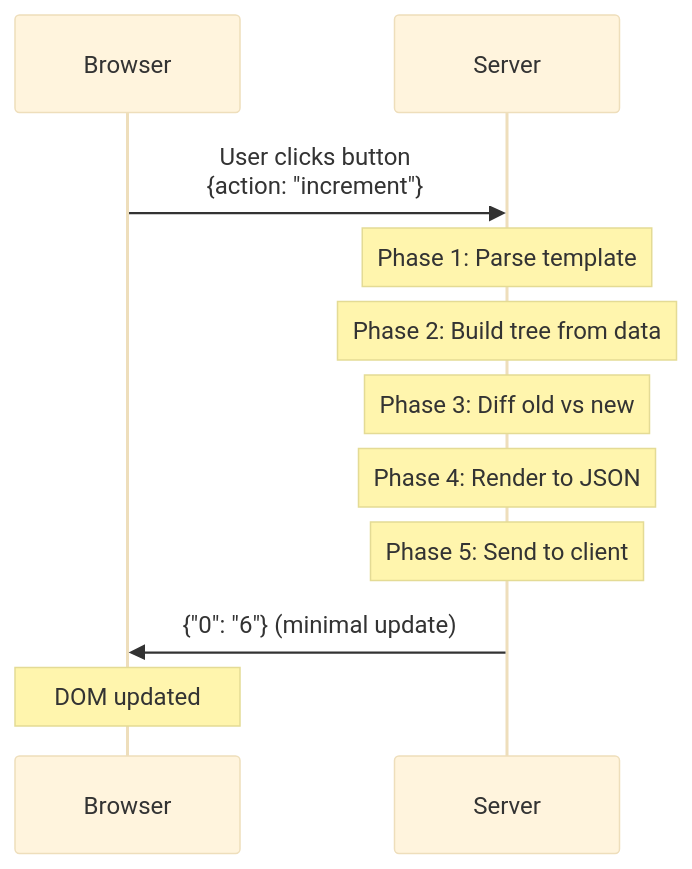
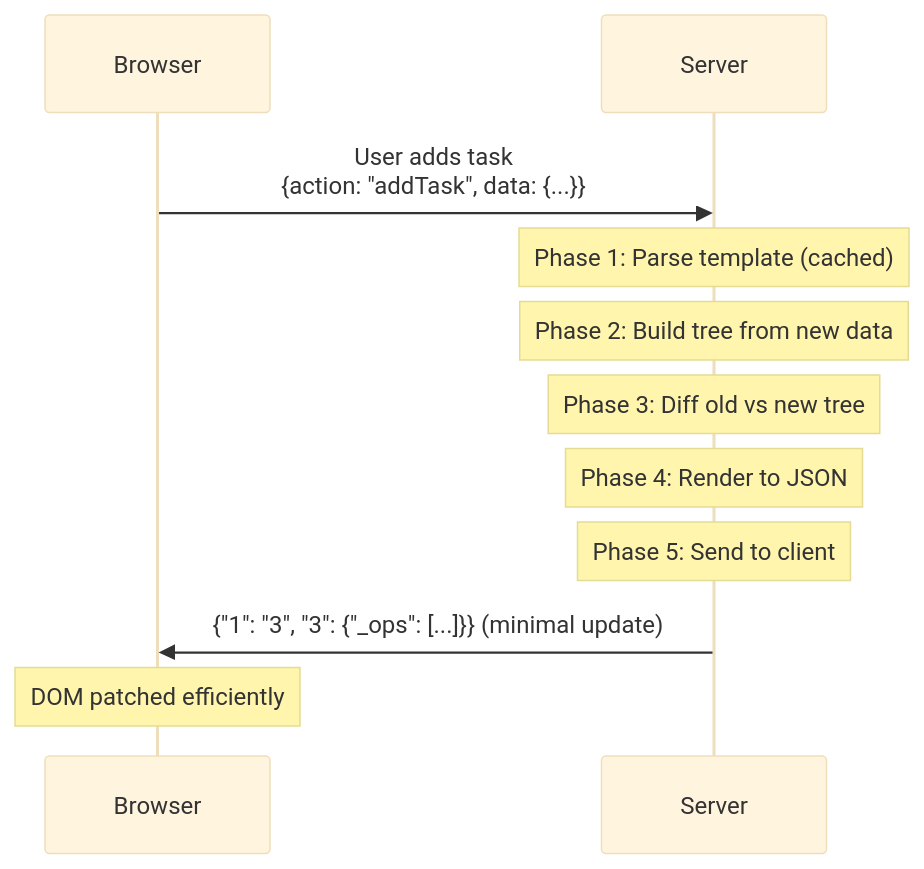
Before and after one commit to livetemplate/livetemplate: the diagram in docs/guides/new-contributor-walkthrough.md, drawn with Mermaid (base theme). The commit also changed other lines of this file, not shown here.

Commit message:
Update walkthrough with unified Task Manager example across all 5 phases

````diff
--- a/docs/guides/new-contributor-walkthrough.md
+++ b/docs/guides/new-contributor-walkthrough.md
@@ -9,14 +9,14 @@
 ```mermaid
 sequenceDiagram
     participant Browser
     participant Server
 
-    Browser->>Server: User clicks button<br/>{action: "increment"}
-    Note over Server: Phase 1: Parse template
-    Note over Server: Phase 2: Build tree from data
-    Note over Server: Phase 3: Diff old vs new
+    Browser->>Server: User adds task<br/>{action: "addTask", data: {...}}
+    Note over Server: Phase 1: Parse template (cached)
+    Note over Server: Phase 2: Build tree from new data
+    Note over Server: Phase 3: Diff old vs new tree
     Note over Server: Phase 4: Render to JSON
     Note over Server: Phase 5: Send to client
-    Server->>Browser: {"0": "6"} (minimal update)
-    Note over Browser: DOM updated
+    Server->>Browser: {"1": "3", "3": {"_ops": [...]}} (minimal update)
+    Note over Browser: DOM patched efficiently
 ```
````
